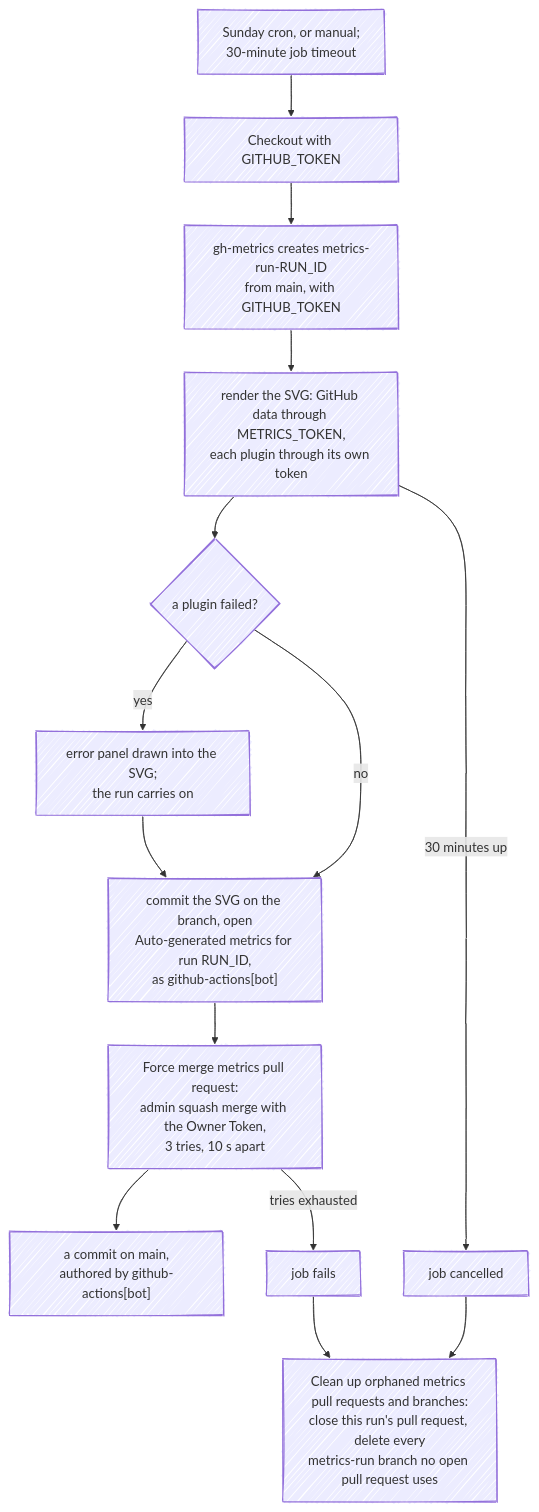
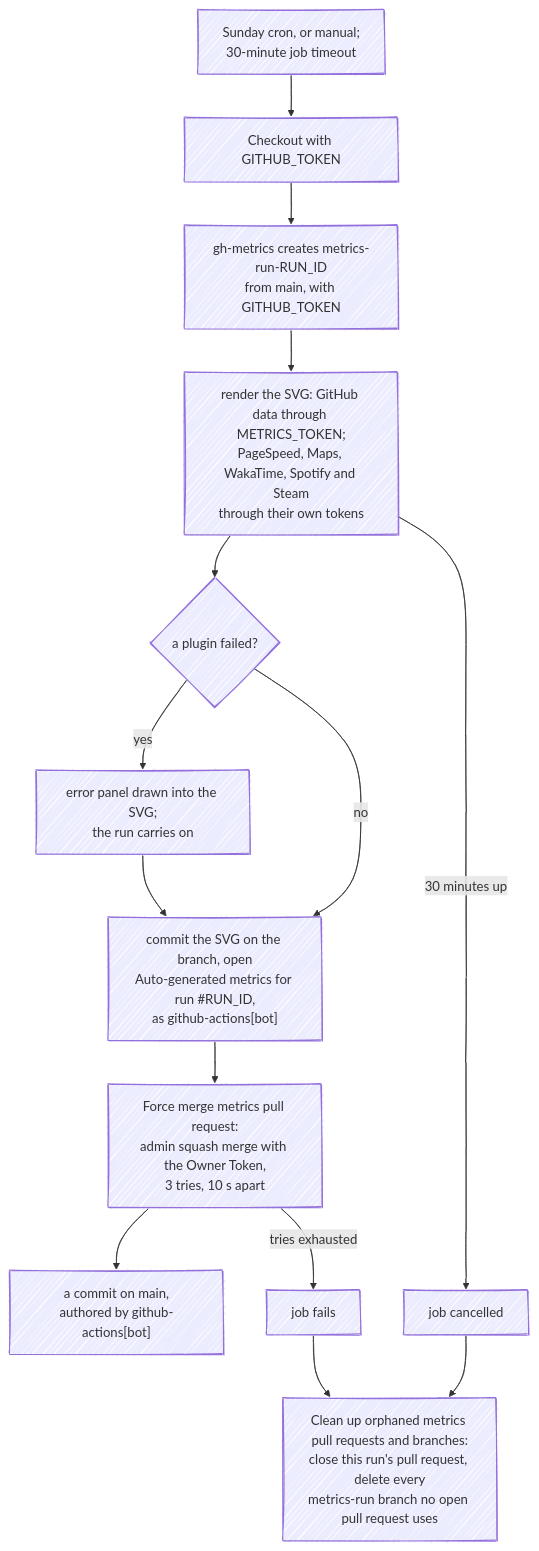
One commit to fbuireu/fbuireu changed the fifth of 9 diagrams in ARCHITECTURE.md. Above: the diagram before and after it, drawn with Mermaid. The commit also changed other lines of this file, not shown here.

First line of the commit message:
docs: draw the refresh flows as the pinned actions run them

````diff
--- a/ARCHITECTURE.md
+++ b/ARCHITECTURE.md
@@ -204,21 +208,21 @@
 ```mermaid
 ---
 config:
   look: handDrawn
   layout: dagre
 ---
 flowchart TD
     cron["Sunday cron, or manual;<br/>30-minute job timeout"] --> checkout["Checkout with GITHUB_TOKEN"]
     checkout --> branch["gh-metrics creates metrics-run-RUN_ID<br/>from main, with GITHUB_TOKEN"]
-    branch --> render["render the SVG: GitHub data through METRICS_TOKEN,<br/>each plugin through its own token"]
+    branch --> render["render the SVG: GitHub data through METRICS_TOKEN;<br/>PageSpeed, Maps, WakaTime, Spotify and Steam<br/>through their own tokens"]
     render --> plugin{"a plugin failed?"}
     plugin -->|yes| panel["error panel drawn into the SVG;<br/>the run carries on"]
     plugin -->|no| pr
-    panel --> pr["commit the SVG on the branch, open<br/>Auto-generated metrics for run RUN_ID,<br/>as github-actions[bot]"]
+    panel --> pr["commit the SVG on the branch, open<br/>Auto-generated metrics for run #35;RUN_ID,<br/>as github-actions[bot]"]
     pr --> force["Force merge metrics pull request:<br/>admin squash merge with the Owner Token,<br/>3 tries, 10 s apart"]
     force --> main["a commit on main,<br/>authored by github-actions[bot]"]
     render -->|"30 minutes up"| cancelled["job cancelled"]
     force -->|"tries exhausted"| failed["job fails"]
     cancelled --> cleanup["Clean up orphaned metrics pull requests and branches:<br/>close this run's pull request, delete every<br/>metrics-run branch no open pull request uses"]
     failed --> cleanup
 ```
````
